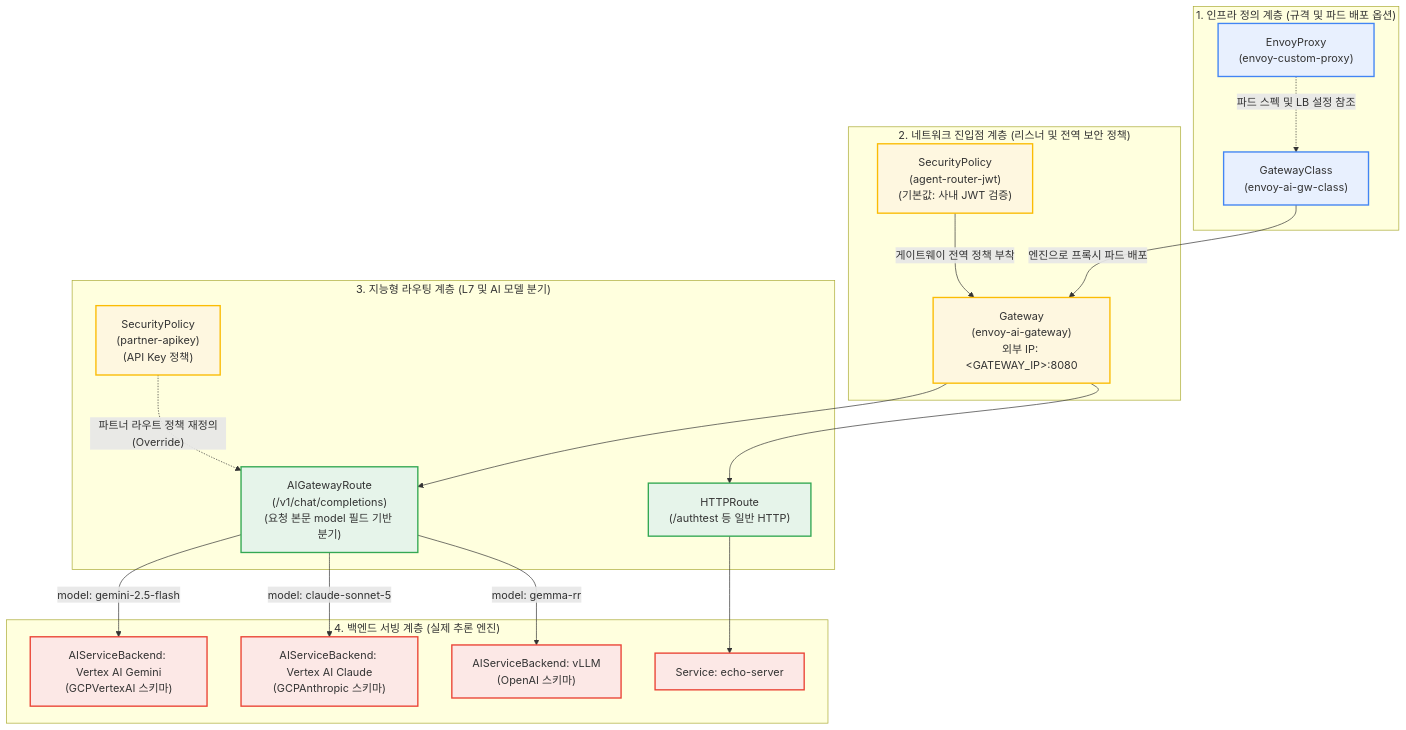
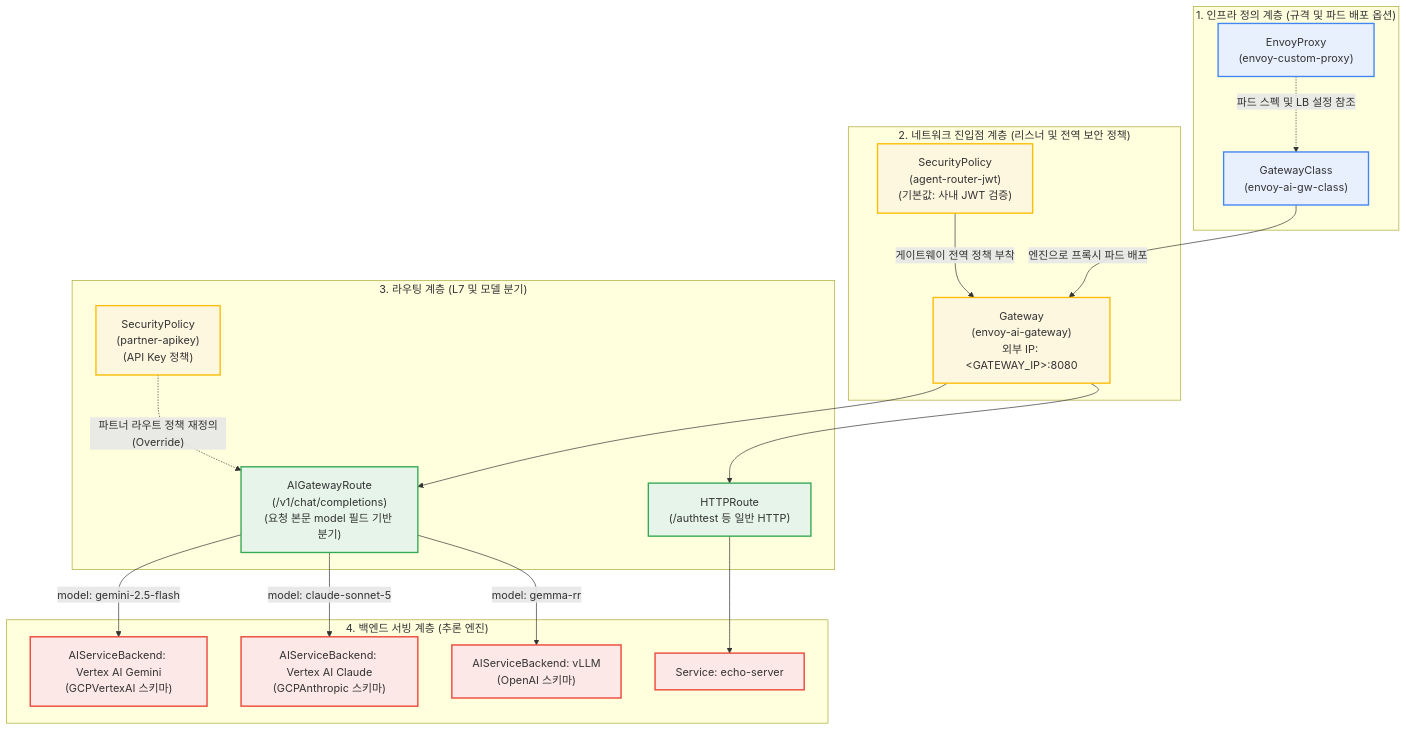
One commit to seoeunbae/agentrouter-multi-llm-gcp changed the diagram in docs/architecture-ko/gateway-resources.md. Above: the diagram before and after it, drawn with Mermaid. The commit also changed other lines of this file and 20 other files, not shown here.

````diff
--- a/docs/architecture-ko/gateway-resources.md
+++ b/docs/architecture-ko/gateway-resources.md
@@ -9,41 +9,41 @@
 ```mermaid
 flowchart TD
     classDef infra fill:#e8f0fe,stroke:#4285f4,stroke-width:2px;
     classDef entry fill:#fef7e0,stroke:#fbbc04,stroke-width:2px;
     classDef route fill:#e6f4ea,stroke:#34a853,stroke-width:2px;
     classDef backend fill:#fce8e6,stroke:#ea4335,stroke-width:2px;
 
     subgraph InfraLayer["1. 인프라 정의 계층 (규격 및 파드 배포 옵션)"]
         GC["GatewayClass<br/>(envoy-ai-gw-class)"]:::infra
         EP["EnvoyProxy<br/>(envoy-custom-proxy)"]:::infra
         EP -. "파드 스펙 및 LB 설정 참조" .-> GC
     end
 
     subgraph EntryLayer["2. 네트워크 진입점 계층 (리스너 및 전역 보안 정책)"]
         GW["Gateway<br/>(envoy-ai-gateway)<br/>외부 IP: &lt;GATEWAY_IP&gt;:8080"]:::entry
         GC -->|"엔진으로 프록시 파드 배포"| GW
         SP["SecurityPolicy<br/>(agent-router-jwt)<br/>(기본값: 사내 JWT 검증)"]:::entry
         SP -->|"게이트웨이 전역 정책 부착"| GW
     end
 
-    subgraph RouteLayer["3. 지능형 라우팅 계층 (L7 및 AI 모델 분기)"]
+    subgraph RouteLayer["3. 라우팅 계층 (L7 및 모델 분기)"]
         HR["HTTPRoute<br/>(/authtest 등 일반 HTTP)"]:::route
         AIGR["AIGatewayRoute<br/>(/v1/chat/completions)<br/>(요청 본문 model 필드 기반 분기)"]:::route
         GW --> HR
         GW --> AIGR
         SP_Partner["SecurityPolicy<br/>(partner-apikey)<br/>(API Key 정책)"]:::entry
         SP_Partner -. "파트너 라우트 정책 재정의(Override)" .-> AIGR
     end
 
-    subgraph BackendLayer["4. 백엔드 서빙 계층 (실제 추론 엔진)"]
+    subgraph BackendLayer["4. 백엔드 서빙 계층 (추론 엔진)"]
         ASB_Gemini["AIServiceBackend: Vertex AI Gemini<br/>(GCPVertexAI 스키마)"]:::backend
         ASB_Claude["AIServiceBackend: Vertex AI Claude<br/>(GCPAnthropic 스키마)"]:::backend
         ASB_vLLM["AIServiceBackend: vLLM<br/>(OpenAI 스키마)"]:::backend
         ECHO["Service: echo-server"]:::backend
 
         HR --> ECHO
         AIGR -->|"model: gemini-2.5-flash"| ASB_Gemini
         AIGR -->|"model: claude-sonnet-5"| ASB_Claude
         AIGR -->|"model: gemma-rr"| ASB_vLLM
     end
 ```
````
